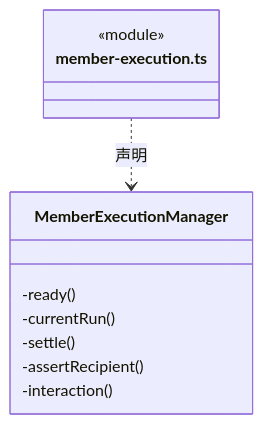
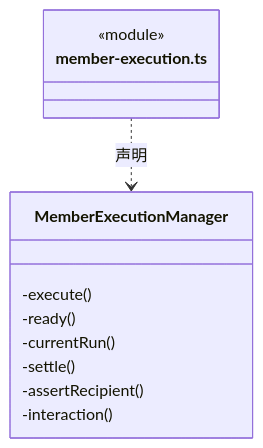
Diagram 21 of 42 in src/backend/scheduler-engine/execution/ARCHITECTURE.md (nan023062/cbim), drawn with Mermaid before and after one commit. The commit also changed other lines of this file and 70 other files, not shown here.

````diff
--- a/src/backend/scheduler-engine/execution/ARCHITECTURE.md
+++ b/src/backend/scheduler-engine/execution/ARCHITECTURE.md
@@ -583,14 +618,15 @@
 ```mermaid
 classDiagram
 class N_src_backend_scheduler_engine_execution_member_execution_ts["member-execution.ts"] {
   <<module>>
 }
 class N_src_backend_scheduler_engine_execution_member_execution_ts_MemberExecutionManager["MemberExecutionManager"] {
+  -execute()
   -ready()
   -currentRun()
   -settle()
   -assertRecipient()
   -interaction()
 }
 N_src_backend_scheduler_engine_execution_member_execution_ts ..> N_src_backend_scheduler_engine_execution_member_execution_ts_MemberExecutionManager : 声明
 ```
````
